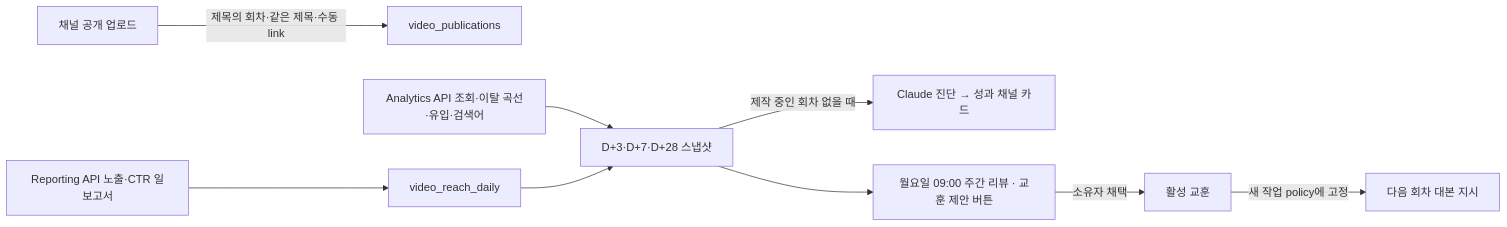
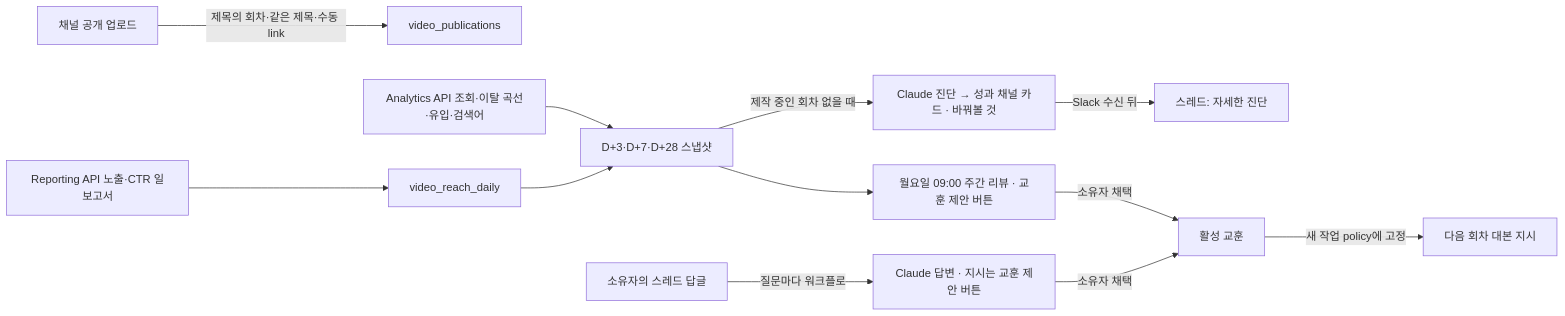
One commit to JJongAchii/quant-ai-company changed the second of 2 diagrams in docs/daily-video.md. Above: the diagram before and after it, drawn with Mermaid. The commit also changed other lines of this file and 16 other files, not shown here.

````diff
--- a/docs/daily-video.md
+++ b/docs/daily-video.md
@@ -368,10 +368,14 @@
 ```mermaid
 flowchart LR
     U[채널 공개 업로드] -->|제목의 회차·같은 제목·수동 link| P[video_publications]
     R[Reporting API 노출·CTR 일보고서] --> D[video_reach_daily]
     A[Analytics API 조회·이탈 곡선·유입·검색어] --> S[D+3·D+7·D+28 스냅샷]
     D --> S
-    S -->|제작 중인 회차 없을 때| C[Claude 진단 → 성과 채널 카드]
+    S -->|제작 중인 회차 없을 때| C[Claude 진단 → 성과 채널 카드 · 바꿔볼 것]
+    C -->|Slack 수신 뒤| T[스레드: 자세한 진단]
     S --> W[월요일 09:00 주간 리뷰 · 교훈 제안 버튼]
-    W -->|소유자 채택| L[활성 교훈] -->|새 작업 policy에 고정| V[다음 회차 대본 지시]
+    Q[소유자의 스레드 답글] -->|질문마다 워크플로| AN[Claude 답변 · 지시는 교훈 제안 버튼]
+    W -->|소유자 채택| L[활성 교훈]
+    AN -->|소유자 채택| L
+    L -->|새 작업 policy에 고정| V[다음 회차 대본 지시]
 ```
````
